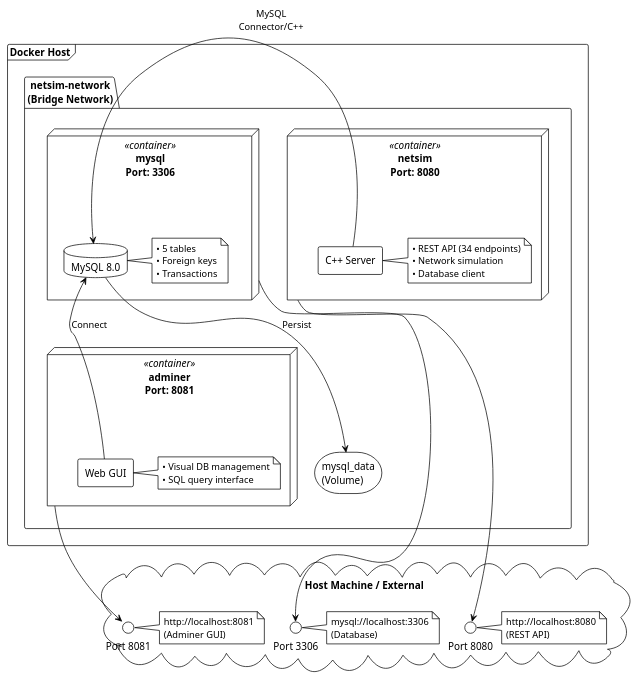
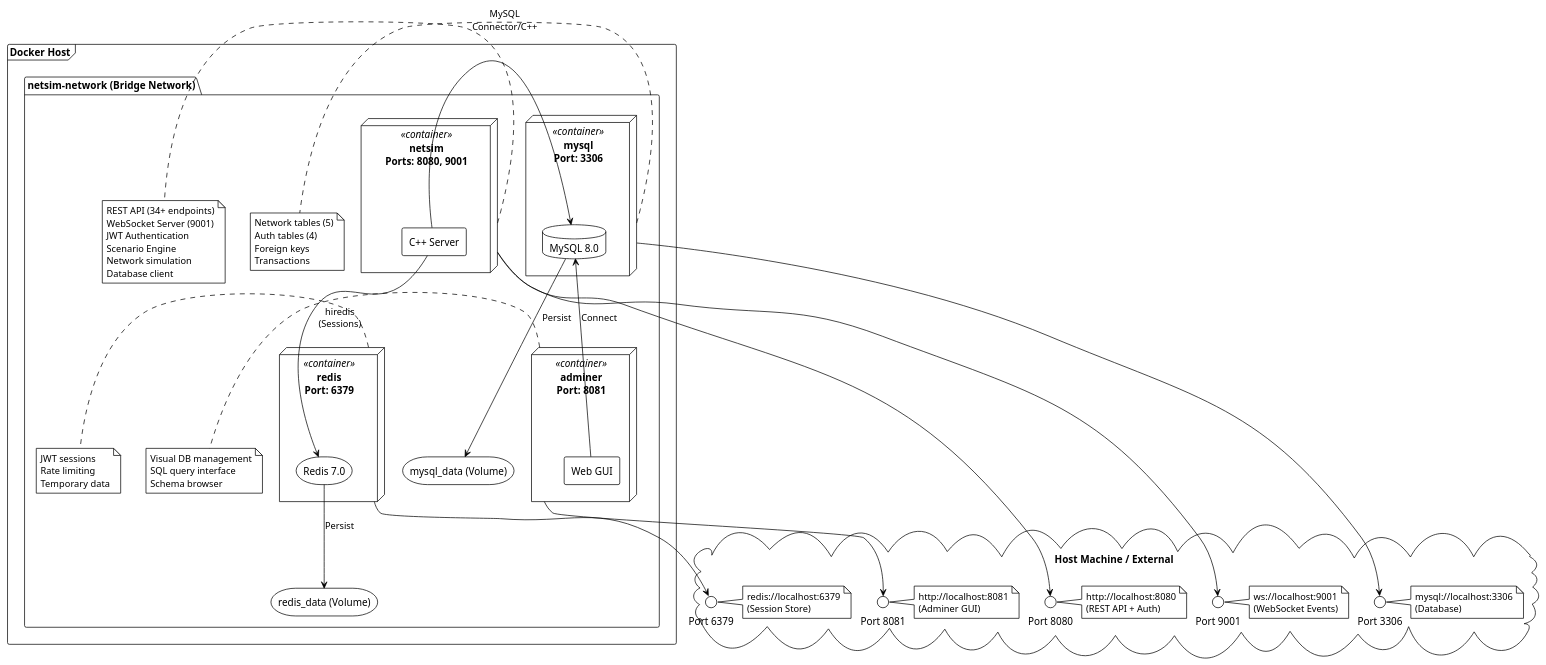
The diagram in docs/docker_deployment.puml (UmarlyPoeta/inzynieria_oprogramowania), drawn with PlantUML before and after one commit. The commit also changed 17 other files, not shown here.

First line of the commit message:
Add detailed UML diagrams for authentication flow, production deployment, scenario system, and WebSocket communication

```diff
--- a/docs/docker_deployment.puml
+++ b/docs/docker_deployment.puml
@@ -1,67 +1,98 @@
 @startuml docker_deployment
 !theme plain
 skinparam componentStyle rectangle
 
 frame "Docker Host" {
-  package "netsim-network\n(Bridge Network)" {
+  package "netsim-network (Bridge Network)" {
     
-    node "netsim\nPort: 8080" as netsim <<container>> {
+    node "netsim\nPorts: 8080, 9001" as netsim <<container>> {
       component "C++ Server" as cpp
-      note right of cpp
-        • REST API (34 endpoints)
-        • Network simulation
-        • Database client
-      end note
     }
+    note right of netsim
+      REST API (34+ endpoints)
+      WebSocket Server (9001)
+      JWT Authentication
+      Scenario Engine
+      Network simulation
+      Database client
+    end note
     
     node "mysql\nPort: 3306" as mysql <<container>> {
       database "MySQL 8.0" as db
-      note right of db
-        • 5 tables
-        • Foreign keys
-        • Transactions
-      end note
     }
+    note right of mysql
+      Network tables (5)
+      Auth tables (4)
+      Foreign keys
+      Transactions
+    end note
+    
+    node "redis\nPort: 6379" as redis <<container>> {
+      storage "Redis 7.0" as cache
+    }
+    note right of redis
+      JWT sessions
+      Rate limiting
+      Temporary data
+    end note
     
     node "adminer\nPort: 8081" as adminer <<container>> {
       component "Web GUI" as gui
-      note right of gui
-        • Visual DB management
-        • SQL query interface
-      end note
     }
+    note right of adminer
+      Visual DB management
+      SQL query interface
+      Schema browser
+    end note
     
-    storage "mysql_data\n(Volume)" as volume
+    storage "mysql_data (Volume)" as volume
+    storage "redis_data (Volume)" as rvolume
     
     cpp -right-> db : MySQL\nConnector/C++
+    cpp -down-> cache : hiredis\n(Sessions)
     gui -up-> db : Connect
     db -down-> volume : Persist
+    cache -down-> rvolume : Persist
   }
 }
 
 cloud "Host Machine / External" as host {
   interface "Port 8080" as p8080
+  interface "Port 9001" as p9001
   interface "Port 3306" as p3306
+  interface "Port 6379" as p6379
   interface "Port 8081" as p8081
   
   note right of p8080
     http://localhost:8080
-    (REST API)
+    (REST API + Auth)
+  end note
+  
+  note right of p9001
+    ws://localhost:9001
+    (WebSocket Events)
   end note
   
   note right of p3306
     mysql://localhost:3306
     (Database)
+  end note
+  
+  note right of p6379
+    redis://localhost:6379
+    (Session Store)
   end note
   
   note right of p8081
     http://localhost:8081
     (Adminer GUI)
   end note
 }
 
 netsim -down-> p8080
+netsim -down-> p9001
 mysql -down-> p3306
+redis -down-> p6379
 adminer -down-> p8081
 
 @enduml
```
